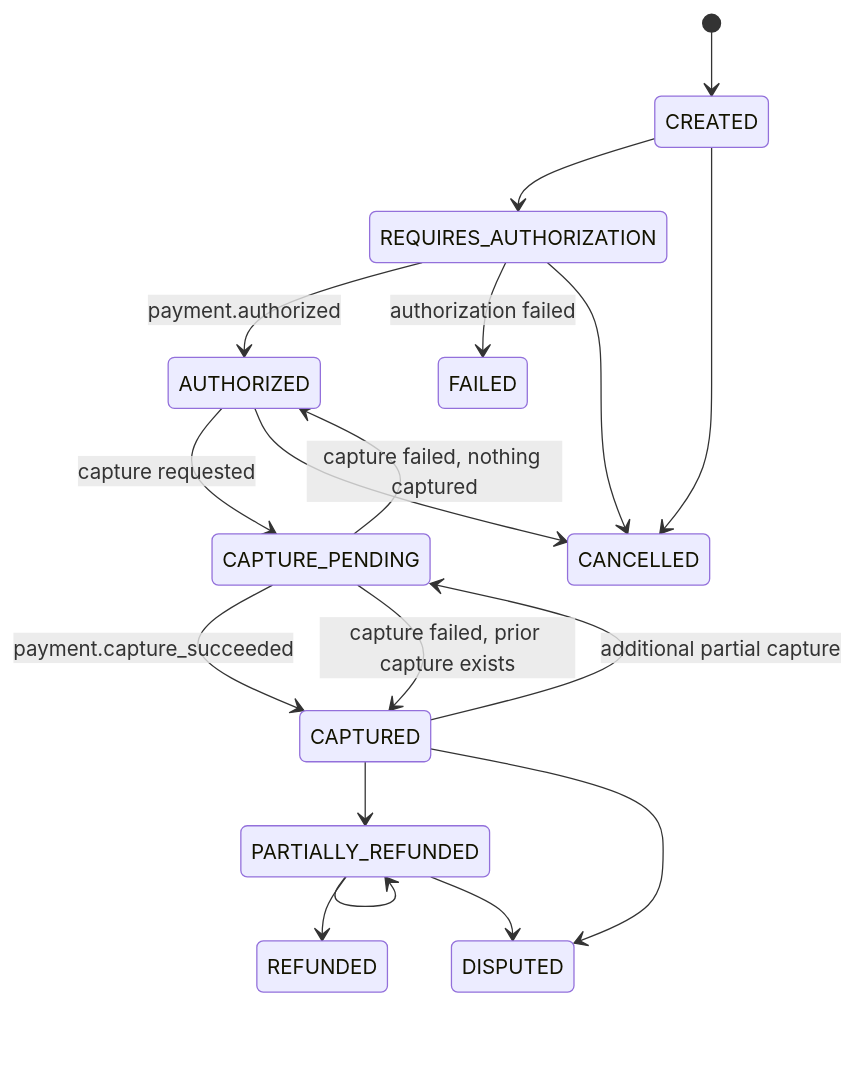
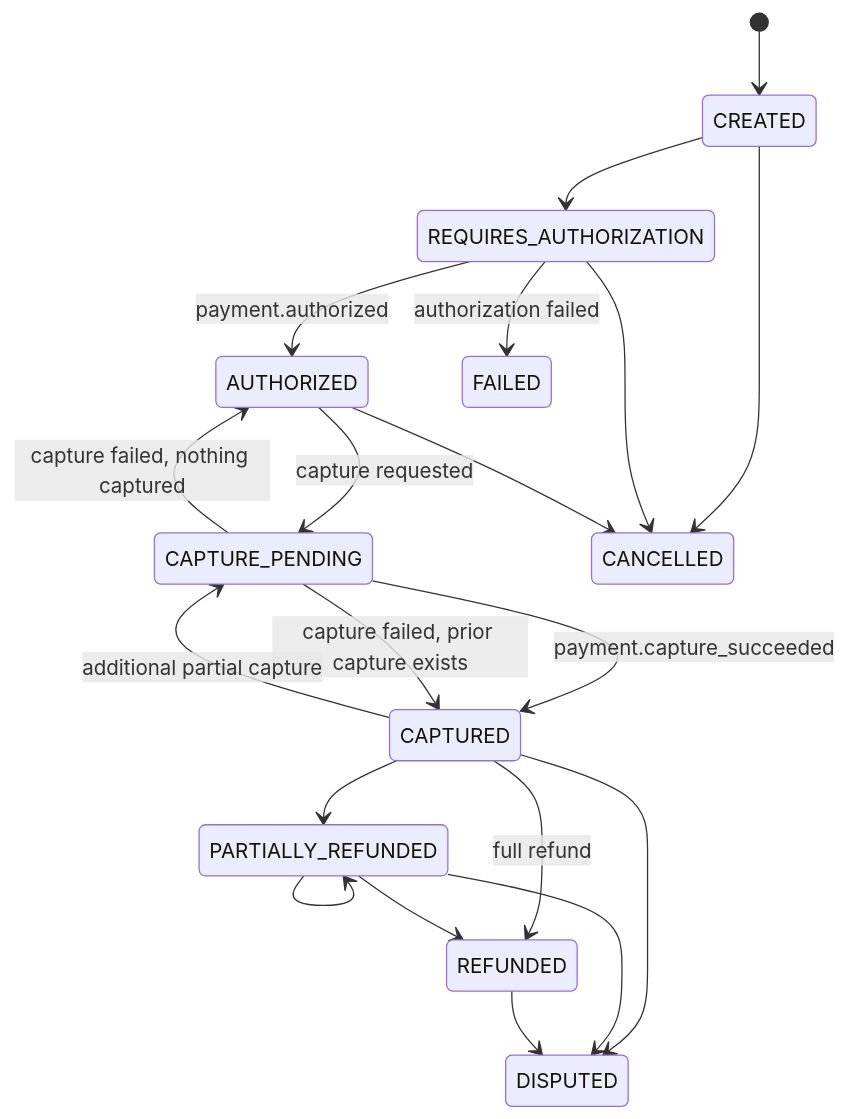
One commit to daniel-tsx/fintech changed the first of 2 diagrams in docs/payment-lifecycle.md. Above: the diagram before and after it, drawn with Mermaid. The commit also changed other lines of this file and 26 other files, not shown here.

````diff
--- a/docs/payment-lifecycle.md
+++ b/docs/payment-lifecycle.md
@@ -5,20 +5,22 @@
 ```mermaid
 stateDiagram-v2
   [*] --> CREATED
   CREATED --> REQUIRES_AUTHORIZATION
   REQUIRES_AUTHORIZATION --> AUTHORIZED: payment.authorized
   REQUIRES_AUTHORIZATION --> FAILED: authorization failed
   AUTHORIZED --> CAPTURE_PENDING: capture requested
   CAPTURE_PENDING --> CAPTURED: payment.capture_succeeded
   CAPTURE_PENDING --> AUTHORIZED: capture failed, nothing captured
   CAPTURE_PENDING --> CAPTURED: capture failed, prior capture exists
   CAPTURED --> CAPTURE_PENDING: additional partial capture
   CREATED --> CANCELLED
   REQUIRES_AUTHORIZATION --> CANCELLED
   AUTHORIZED --> CANCELLED
   CAPTURED --> PARTIALLY_REFUNDED
+  CAPTURED --> REFUNDED: full refund
   PARTIALLY_REFUNDED --> PARTIALLY_REFUNDED
   PARTIALLY_REFUNDED --> REFUNDED
   CAPTURED --> DISPUTED
   PARTIALLY_REFUNDED --> DISPUTED
+  REFUNDED --> DISPUTED
 ```
````
